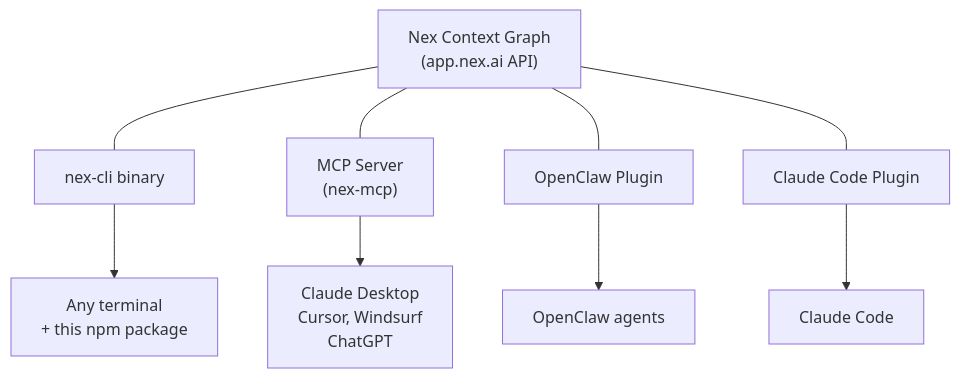
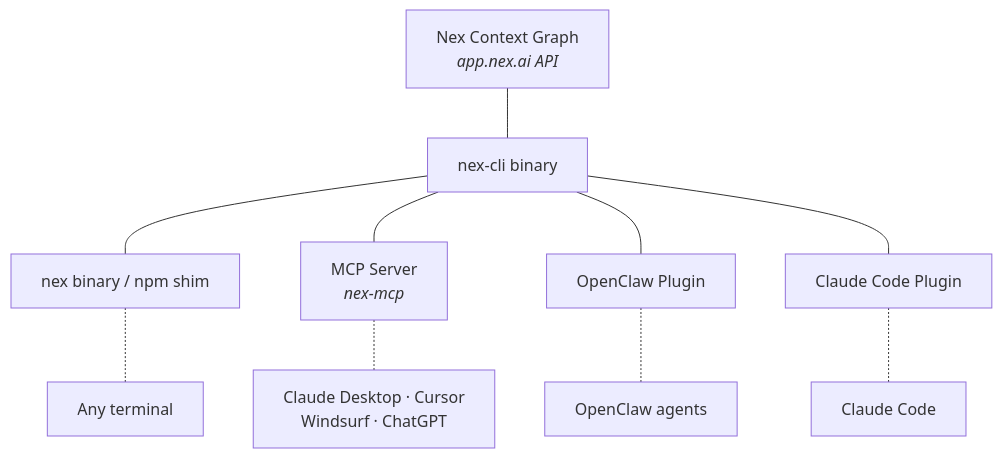
One commit to nex-crm/nex-as-a-skill changed the diagram in README.md. Above: the diagram before and after it, drawn with Mermaid. The commit also changed other lines of this file, not shown here.

First line of the commit message:
docs: add standalone binary to README, convert diagram to mermaid

````diff
--- a/README.md
+++ b/README.md
@@ -250,19 +262,22 @@
 ```mermaid
-flowchart TD
-    API["Nex Context Graph\n(app.nex.ai API)"]
+graph TD
+    API["Nex Context Graph<br/><i>app.nex.ai API</i>"]
+    CLI["nex-cli binary"]
 
-    CLI["nex-cli binary"]
-    MCP["MCP Server\n(nex-mcp)"]
+    API --- CLI
+
+    NEX["nex binary / npm shim"]
+    MCP["MCP Server<br/><i>nex-mcp</i>"]
     OC["OpenClaw Plugin"]
     CC["Claude Code Plugin"]
 
-    API --- CLI
-    API --- MCP
-    API --- OC
-    API --- CC
+    CLI --- NEX
+    CLI --- MCP
+    CLI --- OC
+    CLI --- CC
 
-    CLI --> T1["Any terminal\n+ this npm package"]
-    MCP --> T2["Claude Desktop\nCursor, Windsurf\nChatGPT"]
-    OC --> T3["OpenClaw agents"]
-    CC --> T4["Claude Code"]
+    NEX -.- T1["Any terminal"]
+    MCP -.- T2["Claude Desktop · Cursor<br/>Windsurf · ChatGPT"]
+    OC -.- T3["OpenClaw agents"]
+    CC -.- T4["Claude Code"]
 ```
````
